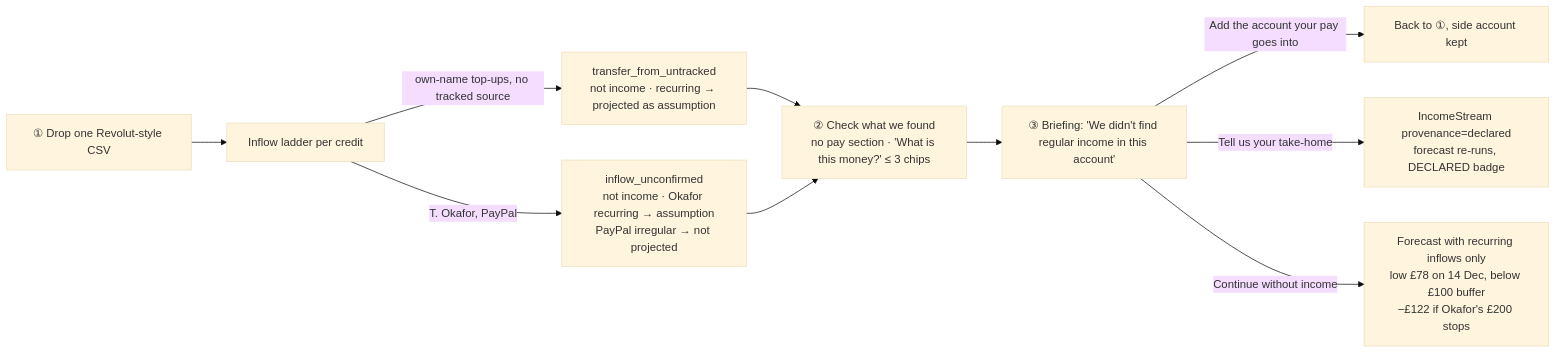
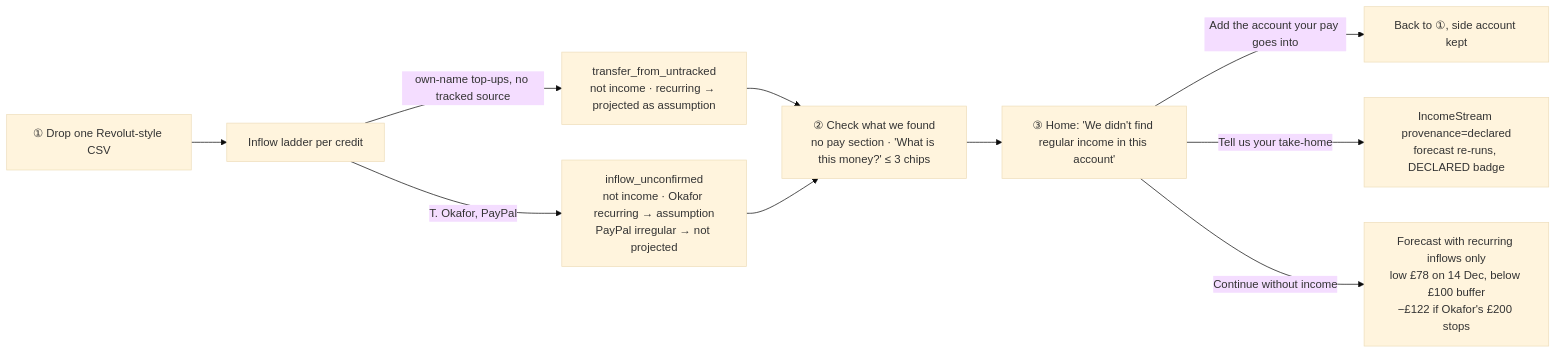
One commit to olaheavy-dev/Foresight changed diagram 11 of 13 in docs/03-USER-JOURNEYS.md. Above: the diagram before and after it, drawn with Mermaid (base theme). The commit also changed other lines of this file and 122 other files, not shown here.

````diff
--- a/docs/03-USER-JOURNEYS.md
+++ b/docs/03-USER-JOURNEYS.md
@@ -384,12 +387,12 @@
 ```mermaid
 flowchart LR
   D[① Drop one Revolut-style CSV] --> L[Inflow ladder per credit]
   L -->|own-name top-ups, no tracked source| T[transfer_from_untracked<br/>not income · recurring → projected as assumption]
   L -->|T. Okafor, PayPal| U[inflow_unconfirmed<br/>not income · Okafor recurring → assumption<br/>PayPal irregular → not projected]
   T --> C[② Check what we found<br/>no pay section · 'What is this money?' ≤ 3 chips]
   U --> C
-  C --> B[③ Briefing: 'We didn't find regular income in this account']
+  C --> B[③ Home: 'We didn't find regular income in this account']
   B -->|Add the account your pay goes into| D2[Back to ①, side account kept]
   B -->|Tell us your take-home| DEC[IncomeStream provenance=declared<br/>forecast re-runs, DECLARED badge]
   B -->|Continue without income| W[Forecast with recurring inflows only<br/>low £78 on 14 Dec, below £100 buffer<br/>−£122 if Okafor's £200 stops]
 ```
````
